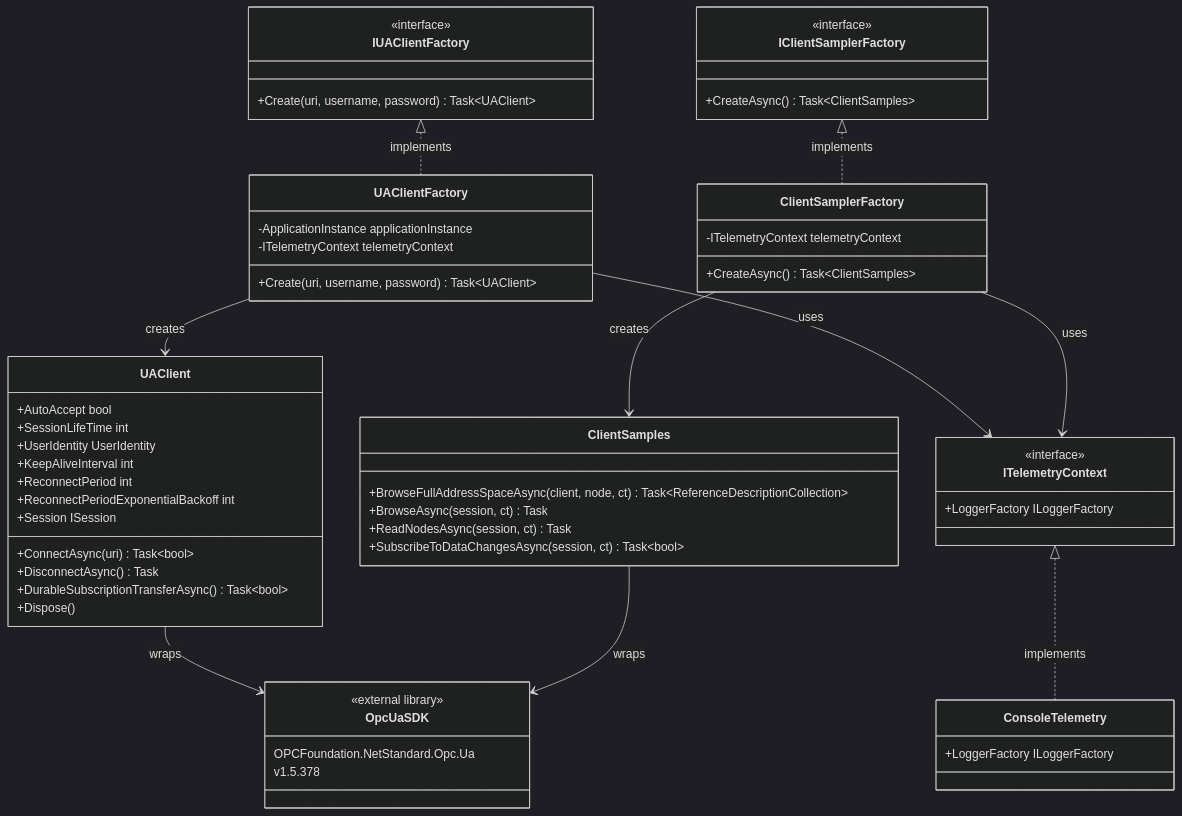
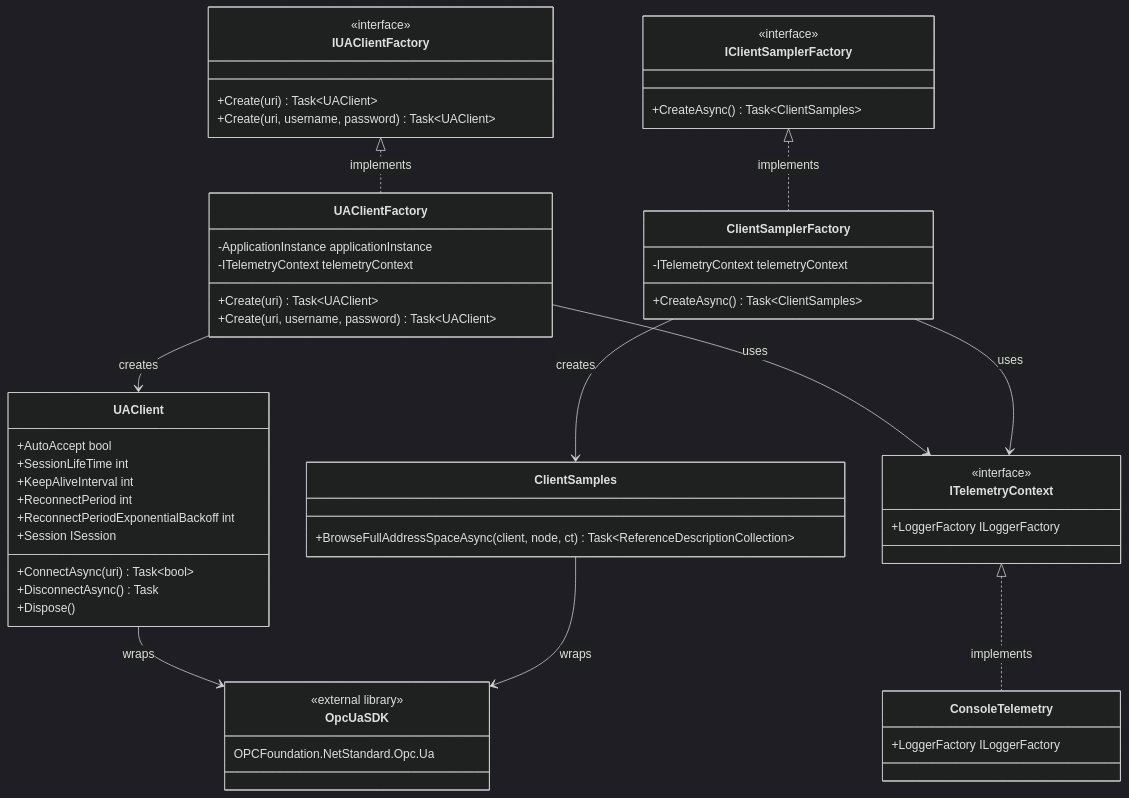
The fifth of 5 diagrams in docs/05_building_block_view.adoc (Rebel-it/rebel-ot-discover-edgeapp), drawn with Mermaid (dark theme) before and after one commit. The commit also changed other lines of this file and 12 other files, not shown here.

```diff
--- a/docs/05_building_block_view.adoc
+++ b/docs/05_building_block_view.adoc
@@ -201,70 +288,66 @@
 [mermaid]
 ....
 classDiagram
     class IUAClientFactory {
         <<interface>>
+        +Create(uri) Task~UAClient~
         +Create(uri, username, password) Task~UAClient~
     }
 
     class IClientSamplerFactory {
         <<interface>>
         +CreateAsync() Task~ClientSamples~
     }
 
     class UAClientFactory {
         -ApplicationInstance applicationInstance
         -ITelemetryContext telemetryContext
+        +Create(uri) Task~UAClient~
         +Create(uri, username, password) Task~UAClient~
     }
 
     class ClientSamplerFactory {
         -ITelemetryContext telemetryContext
         +CreateAsync() Task~ClientSamples~
     }
 
     class UAClient {
         +AutoAccept bool
         +SessionLifeTime int
-        +UserIdentity UserIdentity
         +KeepAliveInterval int
         +ReconnectPeriod int
         +ReconnectPeriodExponentialBackoff int
         +Session ISession
         +ConnectAsync(uri) Task~bool~
         +DisconnectAsync() Task
-        +DurableSubscriptionTransferAsync() Task~bool~
         +Dispose()
     }
 
     class ClientSamples {
         +BrowseFullAddressSpaceAsync(client, node, ct) Task~ReferenceDescriptionCollection~
-        +BrowseAsync(session, ct) Task
-        +ReadNodesAsync(session, ct) Task
-        +SubscribeToDataChangesAsync(session, ct) Task~bool~
     }
 
     class ITelemetryContext {
         <<interface>>
         +LoggerFactory ILoggerFactory
     }
 
     class ConsoleTelemetry {
         +LoggerFactory ILoggerFactory
     }
 
     IUAClientFactory <|.. UAClientFactory : implements
     IClientSamplerFactory <|.. ClientSamplerFactory : implements
     UAClientFactory --> UAClient : creates
     ClientSamplerFactory --> ClientSamples : creates
     UAClientFactory --> ITelemetryContext : uses
     ClientSamplerFactory --> ITelemetryContext : uses
     ITelemetryContext <|.. ConsoleTelemetry : implements
-    UAClient --> OpcUaSDK : wraps
-    ClientSamples --> OpcUaSDK : wraps
 
     class OpcUaSDK {
         <<external library>>
         OPCFoundation.NetStandard.Opc.Ua
-        v1.5.378
     }
+    UAClient --> OpcUaSDK : wraps
+    ClientSamples --> OpcUaSDK : wraps
 ....
```
